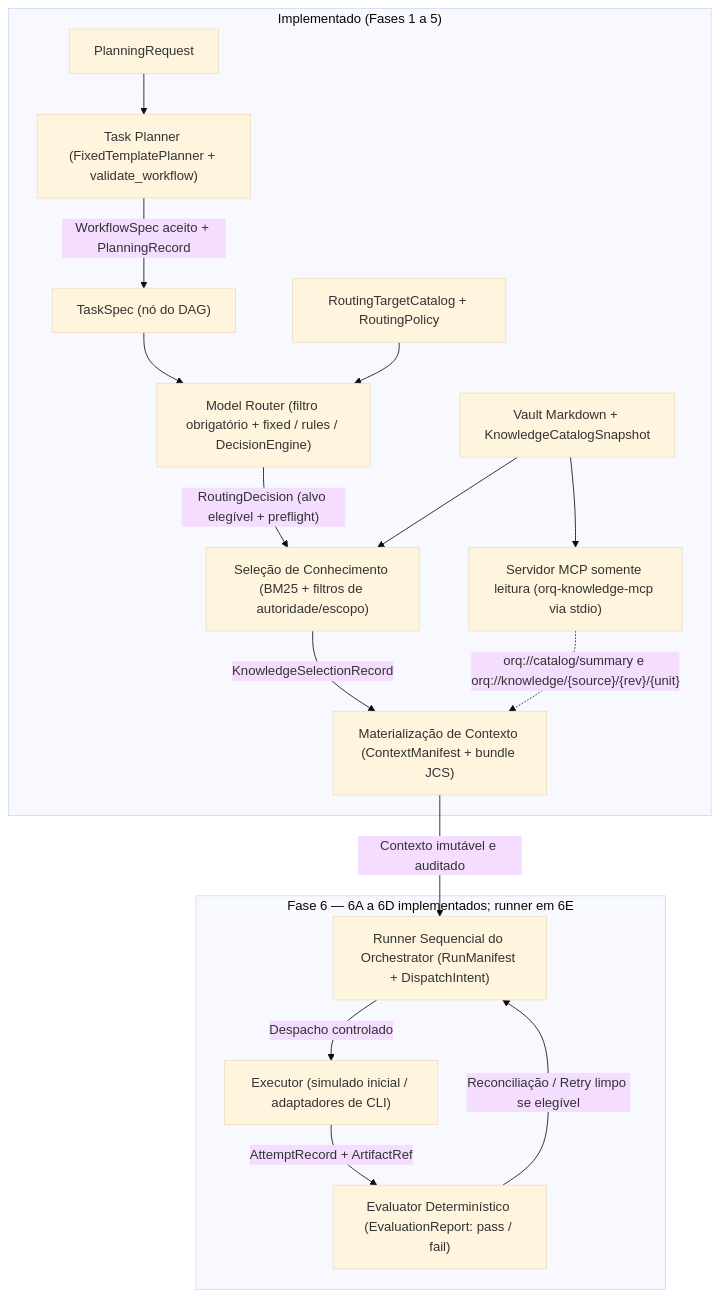
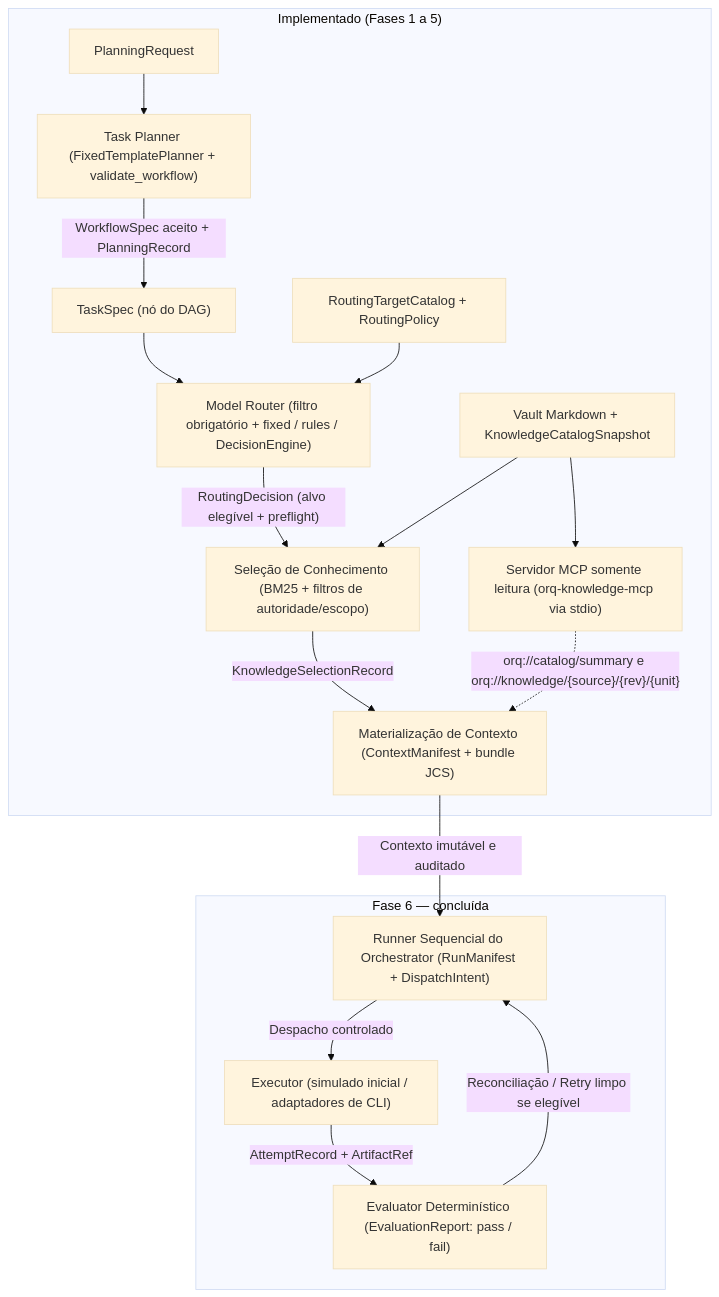
One commit to huguerra1/orq changed the diagram in README.md. Above: the diagram before and after it, drawn with Mermaid (base theme). The commit also changed other lines of this file and 24 other files, not shown here.

````diff
--- a/README.md
+++ b/README.md
@@ -36,24 +36,24 @@
 ```mermaid
 flowchart TD
     subgraph Implementado["Implementado (Fases 1 a 5)"]
         PR["PlanningRequest"] --> PLAN["Task Planner (FixedTemplatePlanner + validate_workflow)"]
         PLAN -->|"WorkflowSpec aceito + PlanningRecord"| TASK["TaskSpec (nó do DAG)"]
 
         TASK --> ROUTER["Model Router (filtro obrigatório + fixed / rules / DecisionEngine)"]
         CAT_T["RoutingTargetCatalog + RoutingPolicy"] --> ROUTER
         ROUTER -->|"RoutingDecision (alvo elegível + preflight)"| CTX_SEL["Seleção de Conhecimento (BM25 + filtros de autoridade/escopo)"]
 
         VAULT["Vault Markdown + KnowledgeCatalogSnapshot"] --> CTX_SEL
         CTX_SEL -->|"KnowledgeSelectionRecord"| CTX_MAT["Materialização de Contexto (ContextManifest + bundle JCS)"]
 
         VAULT --> MCP["Servidor MCP somente leitura (orq-knowledge-mcp via stdio)"]
         MCP -.->|"orq://catalog/summary e orq://knowledge/{source}/{rev}/{unit}"| CTX_MAT
     end
 
-    subgraph Fase6["Fase 6 — 6A a 6D implementados; runner em 6E"]
+    subgraph Fase6["Fase 6 — concluída"]
         CTX_MAT -->|"Contexto imutável e auditado"| RUNNER["Runner Sequencial do Orchestrator (RunManifest + DispatchIntent)"]
         RUNNER -->|"Despacho controlado"| EXEC["Executor (simulado inicial / adaptadores de CLI)"]
         EXEC -->|"AttemptRecord + ArtifactRef"| EVAL["Evaluator Determinístico (EvaluationReport: pass / fail)"]
         EVAL -->|"Reconciliação / Retry limpo se elegível"| RUNNER
     end
 ```
````
